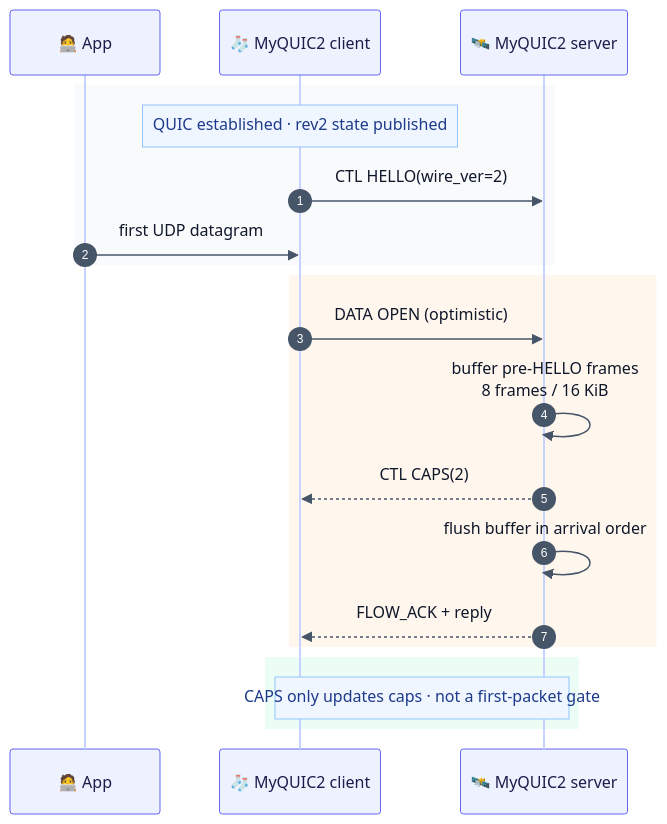
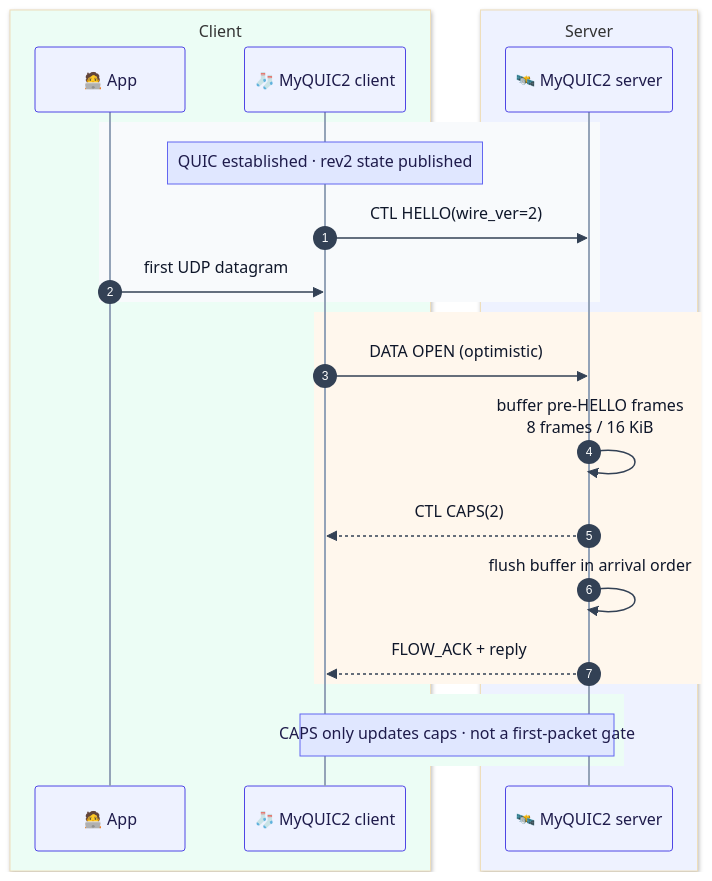
One commit to Terutoki/MyQUIC2 changed diagram 14 of 25 in README.md. Above: the diagram before and after it, drawn with Mermaid. The commit also changed other lines of this file, not shown here.

````diff
--- a/README.md
+++ b/README.md
@@ -755,23 +757,27 @@
 ```mermaid
-%%{init: {"theme":"base","themeVariables":{"fontSize":"15px","actorBkg":"#eef2ff","actorBorder":"#6366f1","actorTextColor":"#1e1b4b","actorLineColor":"#c7d2fe","signalColor":"#475569","signalTextColor":"#0f172a","labelBoxBkgColor":"#f8fafc","labelBoxBorderColor":"#cbd5e1","labelTextColor":"#0f172a","loopTextColor":"#0f172a","noteBkgColor":"#eff6ff","noteBorderColor":"#93c5fd","noteTextColor":"#1e3a8a","activationBkgColor":"#e0e7ff","activationBorderColor":"#6366f1","sequenceNumberBackgroundColor":"#6366f1","sequenceNumberColor":"#ffffff"}} }%%
+%%{init: {"theme":"base","themeVariables":{"fontSize":"14px","actorBkg":"#eef2ff","actorBorder":"#4f46e5","actorTextColor":"#1e1b4b","actorLineColor":"#94a3b8","signalColor":"#334155","signalTextColor":"#0f172a","labelBoxBkgColor":"#e0e7ff","labelBoxBorderColor":"#6366f1","labelTextColor":"#1e1b4b","loopTextColor":"#1e1b4b","noteBkgColor":"#e0e7ff","noteBorderColor":"#6366f1","noteTextColor":"#1e1b4b","activationBkgColor":"#c7d2fe","activationBorderColor":"#4f46e5","sequenceNumberBackgroundColor":"#4f46e5","sequenceNumberColor":"#ffffff"}}}%%
 sequenceDiagram
     autonumber
-    participant App as 🧑‍💻 App
-    participant Client as 🧦 MyQUIC2 client
-    participant Server as 🛰️ MyQUIC2 server
+        box rgb(236, 253, 245) Client
+            participant App as 🧑‍💻 App
+            participant Client as 🧦 MyQUIC2 client
+        end
+        box rgb(238, 242, 255) Server
+            participant Server as 🛰️ MyQUIC2 server
+        end
         rect rgb(248, 250, 252)
             Note over Client: QUIC established · rev2 state published
             Client->>Server: CTL HELLO(wire_ver=2)
             App->>Client: first UDP datagram
         end
         rect rgb(255, 247, 237)
             Client->>Server: DATA OPEN (optimistic)
             Server->>Server: buffer pre-HELLO frames<br/>8 frames / 16 KiB
             Server-->>Client: CTL CAPS(2)
             Server->>Server: flush buffer in arrival order
             Server-->>Client: FLOW_ACK + reply
         end
         rect rgb(236, 253, 245)
             Note over Client,Server: CAPS only updates caps · not a first-packet gate
         end
 ```
````
